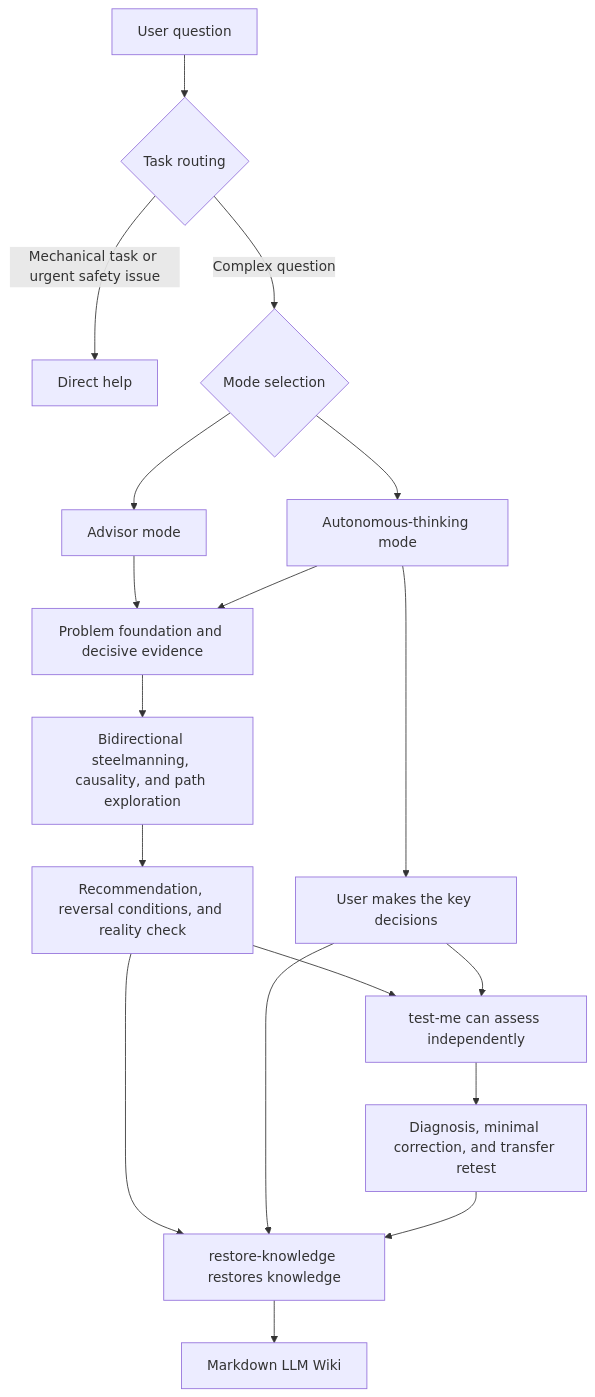
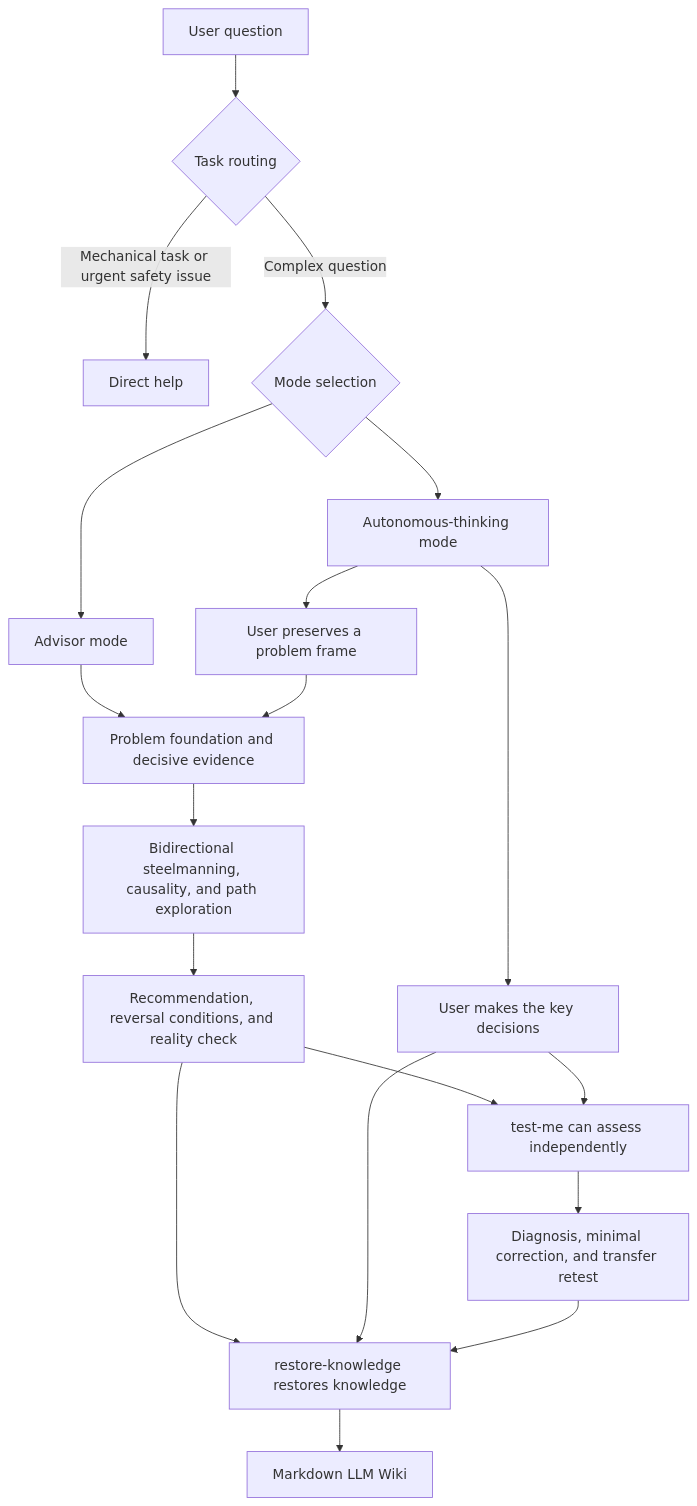
The diagram in README.en.md (ttttstc/chief-of-staff), drawn with Mermaid before and after one commit. The commit also changed other lines of this file and 7 other files, not shown here.

````diff
--- a/README.en.md
+++ b/README.en.md
@@ -158,20 +158,21 @@
 ```mermaid
 flowchart TD
     A[User question] --> B{Task routing}
     B -->|Mechanical task or urgent safety issue| C[Direct help]
     B -->|Complex question| D{Mode selection}
     D --> E[Advisor mode]
     D --> F[Autonomous-thinking mode]
     E --> G[Problem foundation and decisive evidence]
-    F --> G
+    F --> O[User preserves a problem frame]
+    O --> G
     G --> H[Bidirectional steelmanning, causality, and path exploration]
     H --> I[Recommendation, reversal conditions, and reality check]
     F --> J[User makes the key decisions]
     I --> K[test-me can assess independently]
     J --> K
     K --> L[Diagnosis, minimal correction, and transfer retest]
     I --> M[restore-knowledge restores knowledge]
     J --> M
     L --> M
     M --> N[Markdown LLM Wiki]
 ```
````
